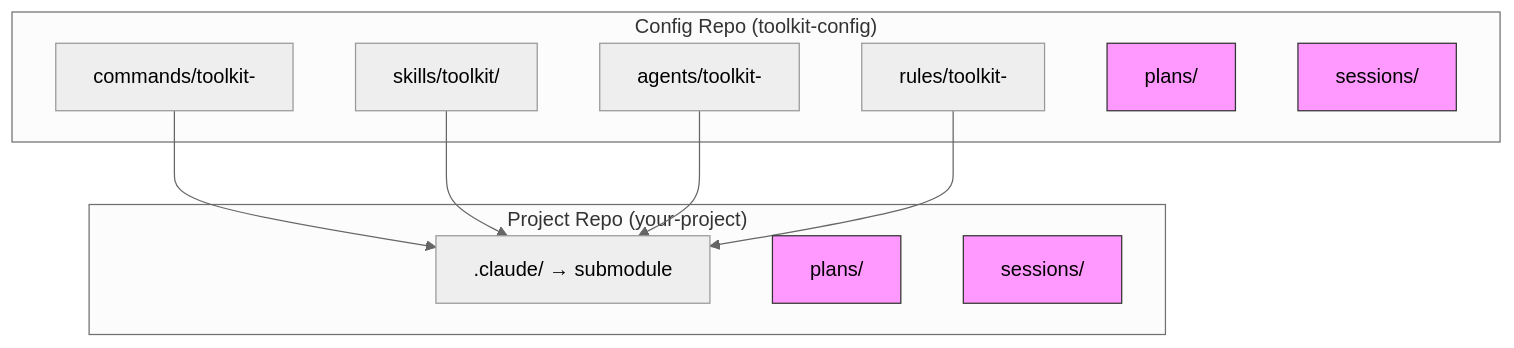
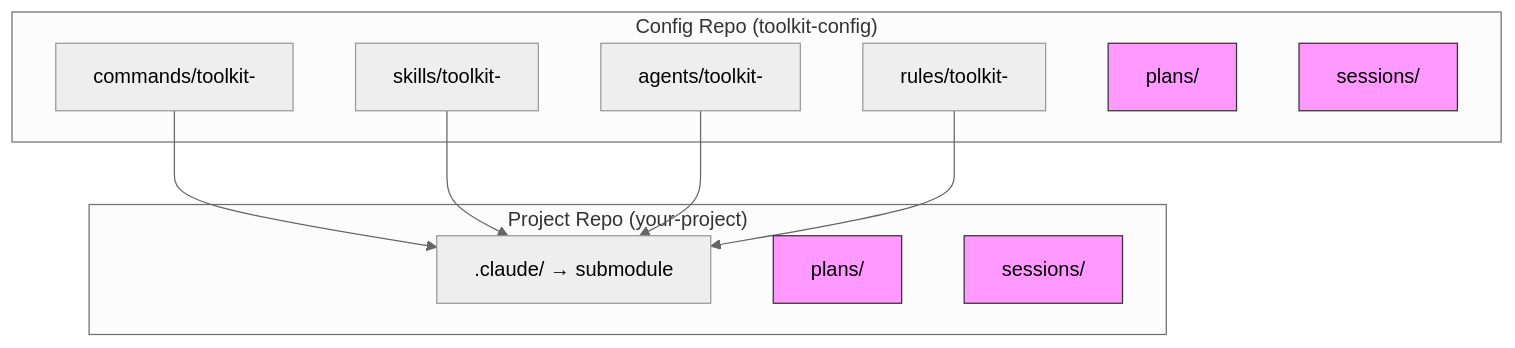
Before and after one commit to eyelock/claude-config-toolkit: the first of 3 diagrams in agents/toolkit-architecture.md, drawn with Mermaid (neutral theme). The commit also changed other lines of this file and 20 other files, not shown here.

````diff
--- a/agents/toolkit-architecture.md
+++ b/agents/toolkit-architecture.md
@@ -54,29 +61,29 @@
 ```mermaid
 graph TB
     subgraph "Config Repo (toolkit-config)"
         CR[commands/toolkit-]
-        SR[skills/toolkit/]
+        SR[skills/toolkit-]
         AR[agents/toolkit-]
         RR[rules/toolkit-]
         PR[plans/]
         SS[sessions/]
     end
 
     subgraph "Project Repo (your-project)"
         CL[.claude/ → submodule]
         PP[plans/]
         SP[sessions/]
     end
 
     CR --> CL
     SR --> CL
     AR --> CL
     RR --> CL
 
     style PR fill:#f9f,stroke:#333
     style SS fill:#f9f,stroke:#333
     style PP fill:#f9f,stroke:#333
     style SP fill:#f9f,stroke:#333
 
     classDef ignored fill:#f9f,stroke:#333,stroke-dasharray: 5 5
 ```
````
